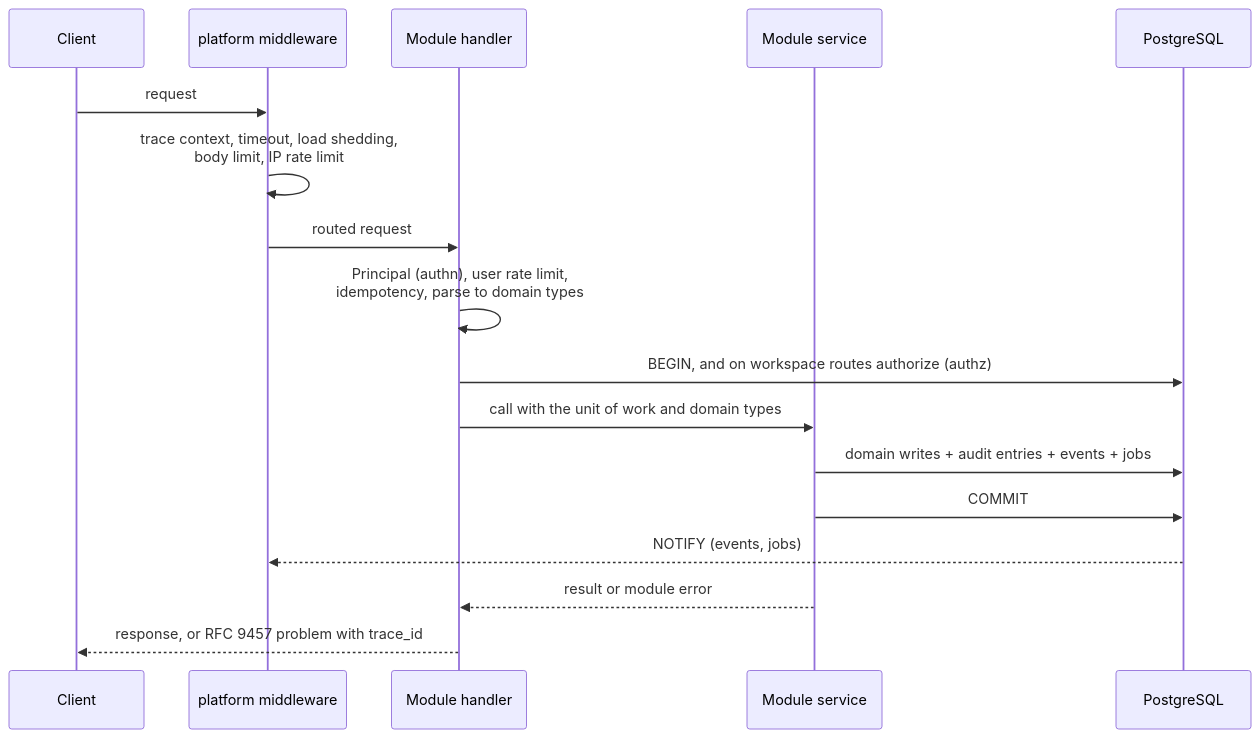
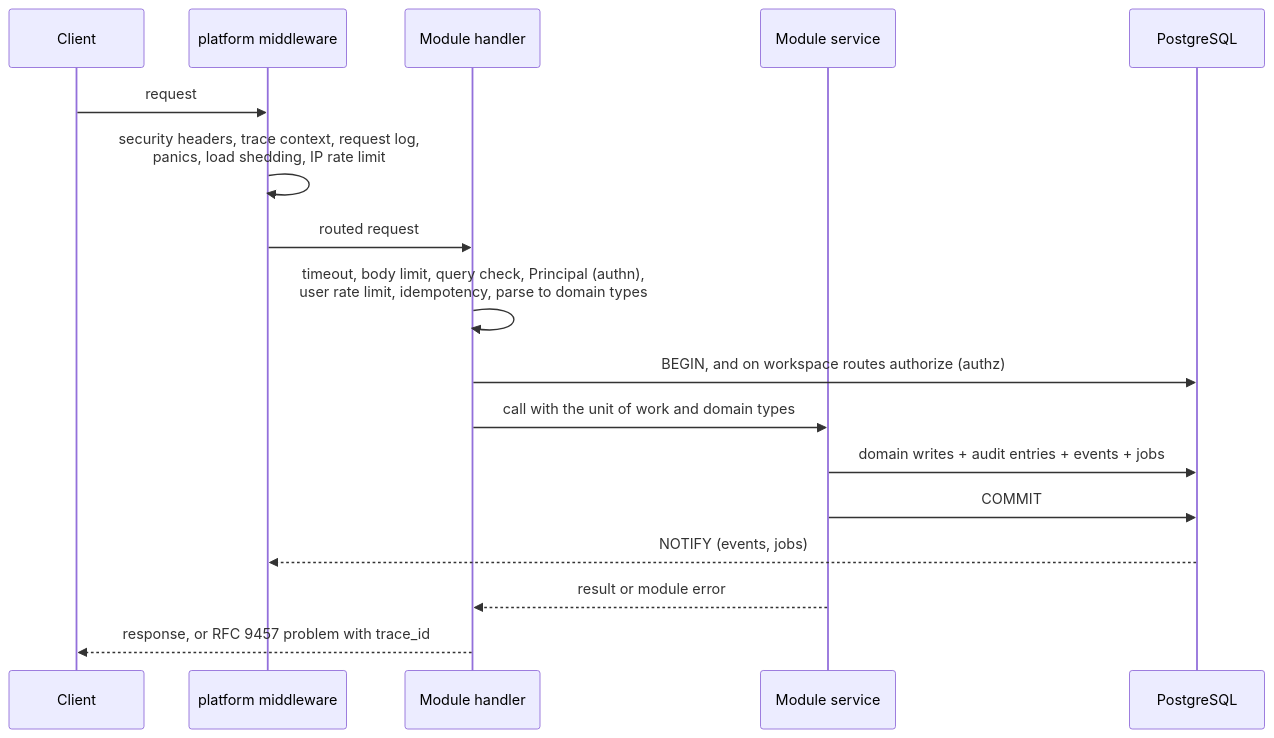
One commit to Grebyn35/AntWorker-API-Rust changed the third of 3 diagrams in docs/architecture.md. Above: the diagram before and after it, drawn with Mermaid. The commit also changed other lines of this file and 59 other files, not shown here.

````diff
--- a/docs/architecture.md
+++ b/docs/architecture.md
@@ -181,19 +182,19 @@
 ```mermaid
 sequenceDiagram
   participant C as Client
   participant P as platform middleware
   participant H as Module handler
   participant S as Module service
   participant DB as PostgreSQL
   C->>P: request
-  P->>P: trace context, timeout, load shedding,<br/>body limit, IP rate limit
+  P->>P: security headers, trace context, request log,<br/>panics, load shedding, IP rate limit
   P->>H: routed request
-  H->>H: Principal (authn), user rate limit,<br/>idempotency, parse to domain types
+  H->>H: timeout, body limit, query check, Principal (authn),<br/>user rate limit, idempotency, parse to domain types
   H->>DB: BEGIN, and on workspace routes authorize (authz)
   H->>S: call with the unit of work and domain types
   S->>DB: domain writes + audit entries + events + jobs
   S->>DB: COMMIT
   DB-->>P: NOTIFY (events, jobs)
   S-->>H: result or module error
   H-->>C: response, or RFC 9457 problem with trace_id
 ```
````
